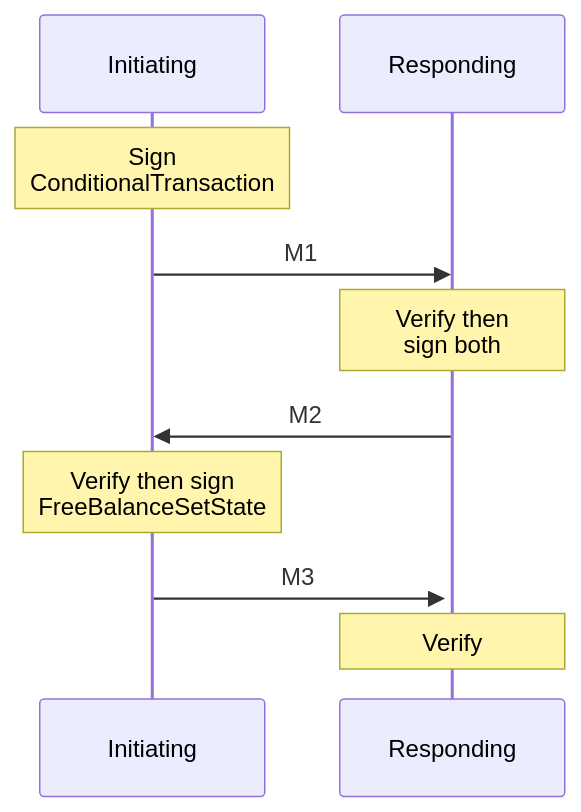
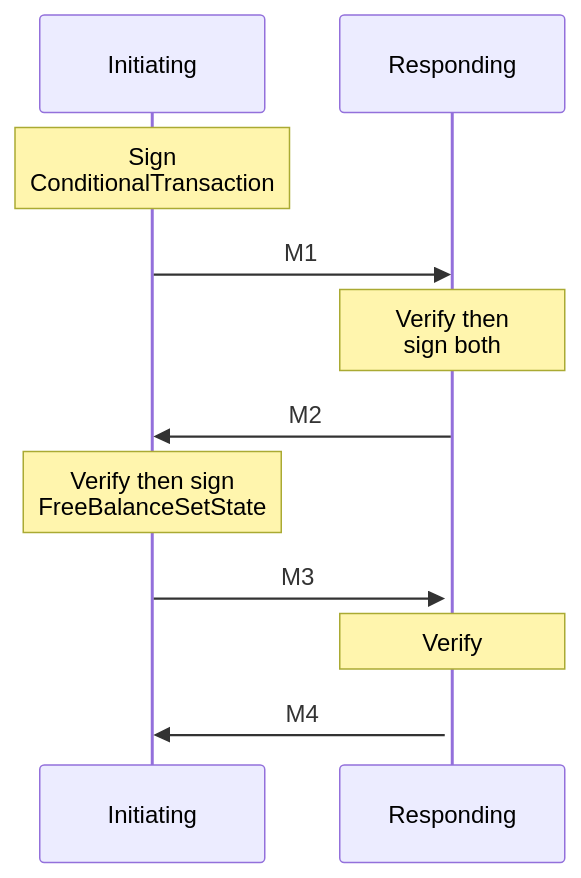
One commit to counterfactual/monorepo changed the diagram in packages/specs/source/diagrams/install-protocol-exchange.mmd. Above: the diagram before and after it, drawn with Mermaid. The commit also changed 1 other file, not shown here.

```diff
--- a/packages/specs/source/diagrams/install-protocol-exchange.mmd
+++ b/packages/specs/source/diagrams/install-protocol-exchange.mmd
@@ -1,15 +1,17 @@
 sequenceDiagram
 
     Note over Initiating: Sign <br> ConditionalTransaction
 
     Initiating->>Responding: M1
 
     Note over Responding: Verify then <br> sign both
 
     Responding->>Initiating: M2
 
     Note over Initiating: Verify then sign <br> FreeBalanceSetState
 
     Initiating->>+Responding: M3
 
     Note over Responding: Verify
+
+    Responding->>Initiating: M4
```
